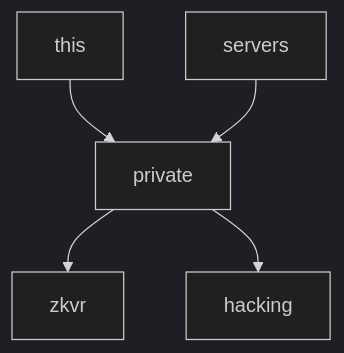
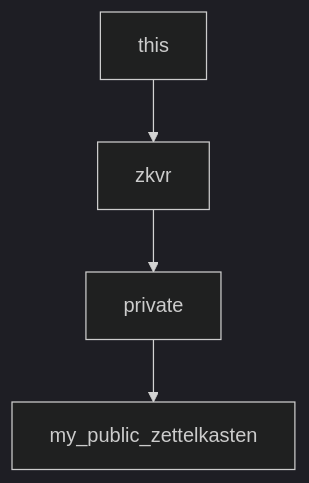
Before and after one commit to nicholas-long/markdown-raw-files-to-zettelkasten-conversion: the diagram in zet/20221031173606/README.md, drawn with Mermaid (dark theme). The commit also changed 3 other files, not shown here.

````diff
--- a/zet/20221031173606/README.md
+++ b/zet/20221031173606/README.md
@@ -13,7 +13,6 @@
 ```mermaid
 graph TD;
-    this-->private;
-    private-->zkvr;
-    private-->hacking;
-    servers-->private;
+    this-->zkvr;
+    zkvr-->private;
+    private-->my_public_zettelkasten;
 ```
````
